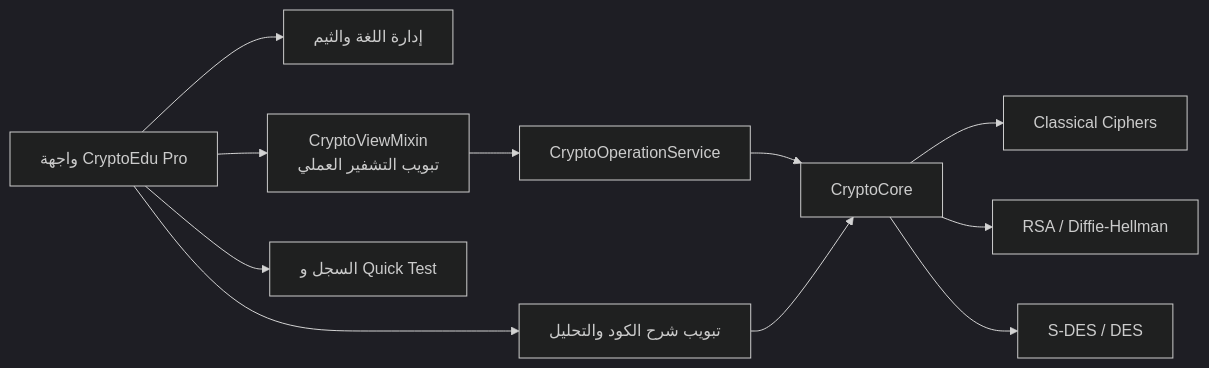
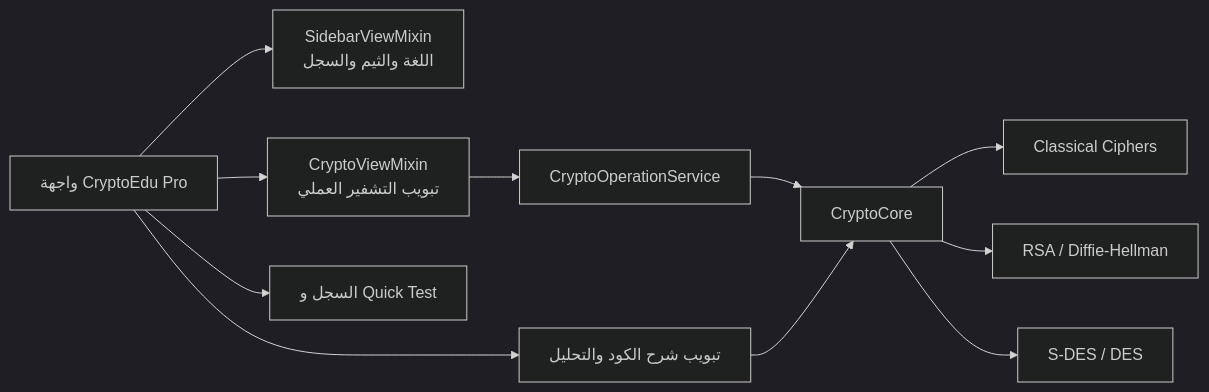
The diagram in README.md (Dev-KAIDO/CryptoEdu-Pro), drawn with Mermaid (dark theme) before and after one commit. The commit also changed other lines of this file and 2 other files, not shown here.

Commit message:
refactor: extract sidebar view from main window

````diff
--- a/README.md
+++ b/README.md
@@ -234,13 +235,13 @@
 ```mermaid
 flowchart LR
-    A[واجهة CryptoEdu Pro] --> B[إدارة اللغة والثيم]
+    A[واجهة CryptoEdu Pro] --> B[SidebarViewMixin\nاللغة والثيم والسجل]
     A --> C[CryptoViewMixin\nتبويب التشفير العملي]
     A --> D[تبويب شرح الكود والتحليل]
     C --> E[CryptoOperationService]
     E --> F[CryptoCore]
     F --> G[Classical Ciphers]
     F --> H[RSA / Diffie-Hellman]
     F --> I[S-DES / DES]
     D --> F
     A --> J[السجل و Quick Test]
 ```
````
